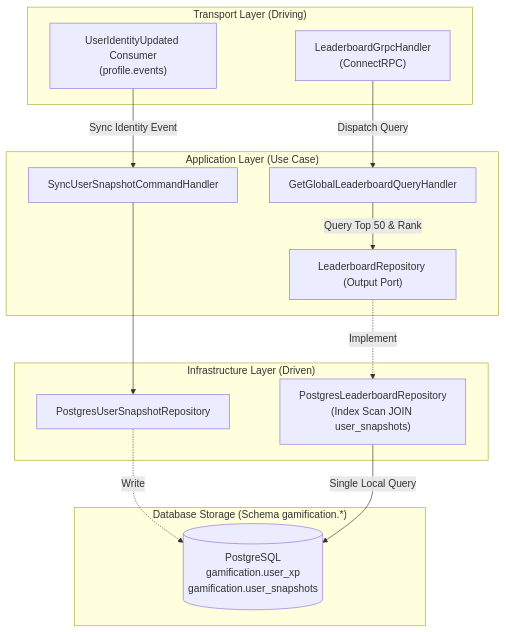
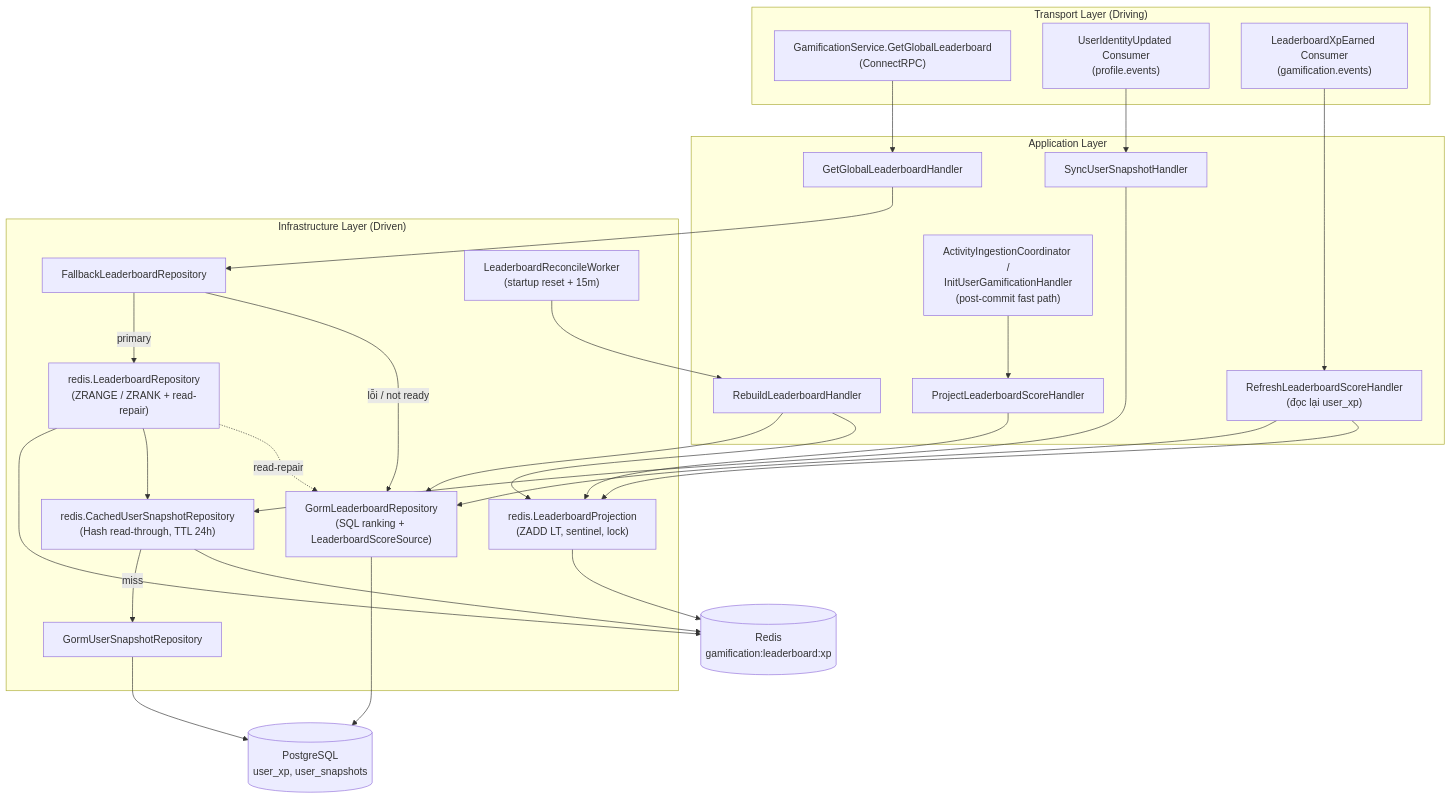
One commit to viethung213/gym-companion changed the first of 3 diagrams in internal/gamification/docs/features/leaderboards/02-design.md. Above: the diagram before and after it, drawn with Mermaid. The commit also changed other lines of this file and 53 other files, not shown here.

Commit message:
✨ feat(gamification): serve the XP leaderboard from a Redis sorted set (#431)

````diff
--- a/internal/gamification/docs/features/leaderboards/02-design.md
+++ b/internal/gamification/docs/features/leaderboards/02-design.md
@@ -7,30 +7,50 @@
 ```mermaid
 flowchart TD
-    subgraph DrivingAdapters["Transport Layer (Driving)"]
-        GRPC["LeaderboardGrpcHandler<br/>(ConnectRPC)"]
+    subgraph Driving["Transport Layer (Driving)"]
+        GRPC["GamificationService.GetGlobalLeaderboard<br/>(ConnectRPC)"]
         K_IDENT["UserIdentityUpdated Consumer<br/>(profile.events)"]
+        K_XP["LeaderboardXpEarned Consumer<br/>(gamification.events)"]
     end
 
-    subgraph ApplicationLayer["Application Layer (Use Case)"]
-        HANDLER["GetGlobalLeaderboardQueryHandler"]
-        PORT_REPO["LeaderboardRepository (Output Port)"]
-        CMD_SNAPSHOT["SyncUserSnapshotCommandHandler"]
+    subgraph App["Application Layer"]
+        Q["GetGlobalLeaderboardHandler"]
+        CMD_SNAP["SyncUserSnapshotHandler"]
+        CMD_PROJ["ProjectLeaderboardScoreHandler"]
+        CMD_REF["RefreshLeaderboardScoreHandler<br/>(đọc lại user_xp)"]
+        CMD_REB["RebuildLeaderboardHandler"]
+        COORD["ActivityIngestionCoordinator /<br/>InitUserGamificationHandler<br/>(post-commit fast path)"]
     end
 
-    subgraph DrivenAdapters["Infrastructure Layer (Driven)"]
-        REPO_IMPL["PostgresLeaderboardRepository<br/>(Index Scan JOIN user_snapshots)"]
-        SNAPSHOT_REPO["PostgresUserSnapshotRepository"]
+    subgraph Driven["Infrastructure Layer (Driven)"]
+        FB["FallbackLeaderboardRepository"]
+        RREPO["redis.LeaderboardRepository<br/>(ZRANGE / ZRANK + read-repair)"]
+        RPROJ["redis.LeaderboardProjection<br/>(ZADD LT, sentinel, lock)"]
+        GORM["GormLeaderboardRepository<br/>(SQL ranking + LeaderboardScoreSource)"]
+        SNAP["GormUserSnapshotRepository"]
+        CACHE["redis.CachedUserSnapshotRepository<br/>(Hash read-through, TTL 24h)"]
+        WORKER["LeaderboardReconcileWorker<br/>(startup reset + 15m)"]
     end
 
-    subgraph Storage["Database Storage (Schema gamification.*)"]
-        DB[(PostgreSQL<br/>gamification.user_xp<br/>gamification.user_snapshots)]
-    end
+    REDIS[(Redis<br/>gamification:leaderboard:xp)]
+    PG[(PostgreSQL<br/>user_xp, user_snapshots)]
 
-    GRPC -->|Dispatch Query| HANDLER
-    K_IDENT -->|Sync Identity Event| CMD_SNAPSHOT
-    HANDLER -->|Query Top 50 & Rank| PORT_REPO
-    CMD_SNAPSHOT --> SNAPSHOT_REPO
-    PORT_REPO -.->|Implement| REPO_IMPL
-    SNAPSHOT_REPO -.->|Write| DB
-    REPO_IMPL -->|Single Local Query| DB
+    GRPC --> Q --> FB
+    FB -->|primary| RREPO
+    FB -->|lỗi / not ready| GORM
+    RREPO --> REDIS
+    RREPO --> CACHE
+    CACHE -->|miss| SNAP
+    CACHE --> REDIS
+    RREPO -.read-repair.-> GORM
+    K_IDENT --> CMD_SNAP --> CACHE
+    K_XP --> CMD_REF
+    CMD_REF --> GORM
+    CMD_REF --> RPROJ
+    COORD --> CMD_PROJ
+    CMD_PROJ --> RPROJ --> REDIS
+    WORKER --> CMD_REB
+    CMD_REB --> GORM
+    CMD_REB --> RPROJ
+    GORM --> PG
+    SNAP --> PG
 ```
````
